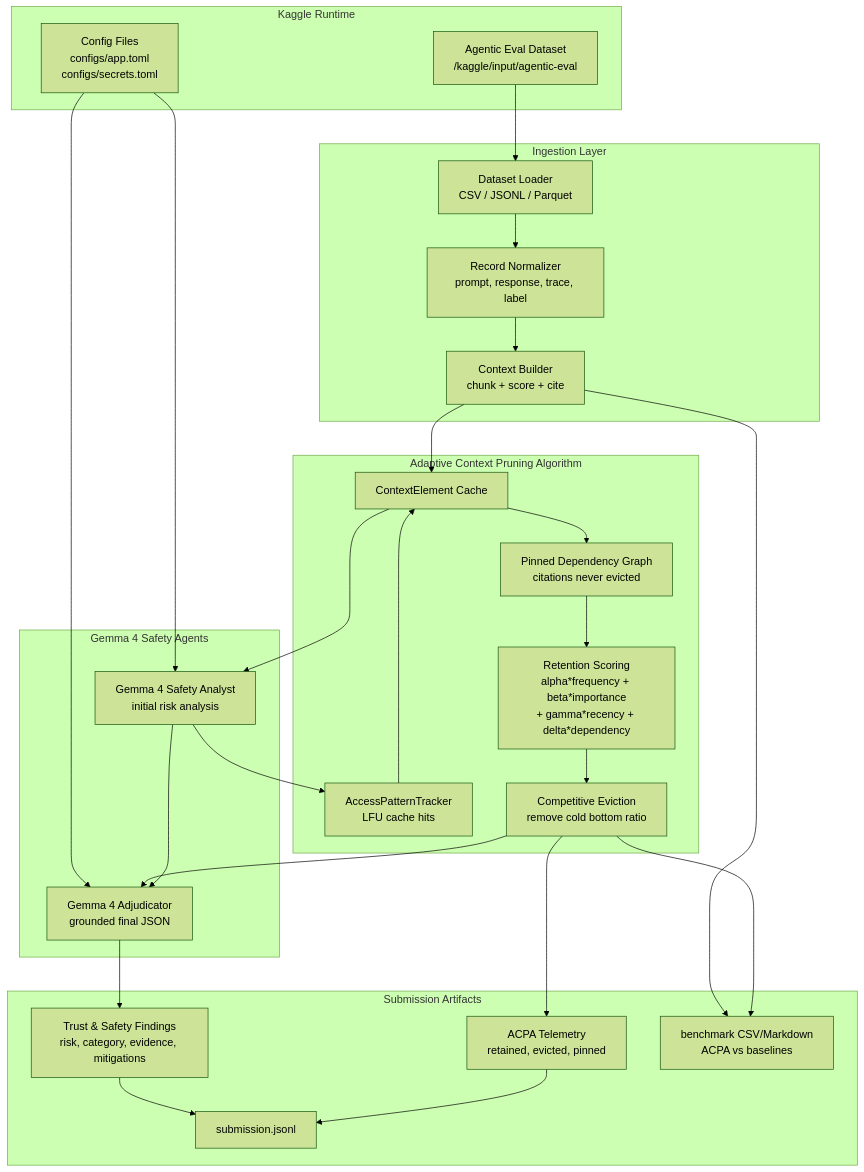
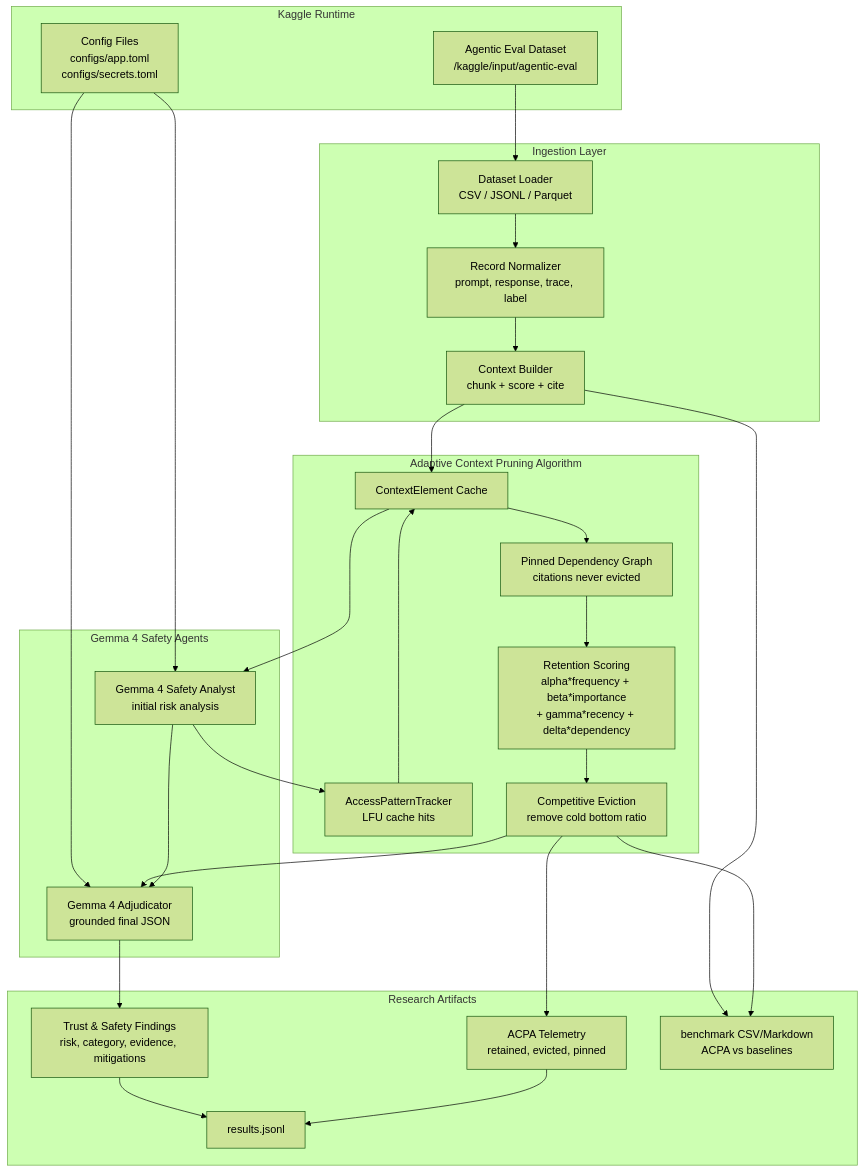
One commit to joyjeni/context-pruning changed the diagram in docs/architecture.md. Above: the diagram before and after it, drawn with Mermaid (forest theme). The commit also changed other lines of this file and 8 other files, not shown here.

````diff
--- a/docs/architecture.md
+++ b/docs/architecture.md
@@ -6,49 +6,49 @@
 ```mermaid
 flowchart TD
     subgraph Kaggle["Kaggle Runtime"]
         D1["Agentic Eval Dataset<br/>/kaggle/input/agentic-eval"]
         C1["Config Files<br/>configs/app.toml<br/>configs/secrets.toml"]
     end
 
     subgraph Ingestion["Ingestion Layer"]
         L1["Dataset Loader<br/>CSV / JSONL / Parquet"]
         N1["Record Normalizer<br/>prompt, response, trace, label"]
         B1["Context Builder<br/>chunk + score + cite"]
     end
 
     subgraph ACPA["Adaptive Context Pruning Algorithm"]
         M1["ContextElement Cache"]
         T1["AccessPatternTracker<br/>LFU cache hits"]
         S1["Retention Scoring<br/>alpha*frequency + beta*importance<br/>+ gamma*recency + delta*dependency"]
         E1["Competitive Eviction<br/>remove cold bottom ratio"]
         P1["Pinned Dependency Graph<br/>citations never evicted"]
     end
 
     subgraph Gemma["Gemma 4 Safety Agents"]
         G1["Gemma 4 Safety Analyst<br/>initial risk analysis"]
         G2["Gemma 4 Adjudicator<br/>grounded final JSON"]
     end
 
-    subgraph Outputs["Submission Artifacts"]
+    subgraph Outputs["Research Artifacts"]
         O1["Trust & Safety Findings<br/>risk, category, evidence, mitigations"]
         O2["ACPA Telemetry<br/>retained, evicted, pinned"]
-        O3["submission.jsonl"]
+        O3["results.jsonl"]
         O4["benchmark CSV/Markdown<br/>ACPA vs baselines"]
     end
 
     D1 --> L1 --> N1 --> B1 --> M1
     C1 --> G1
     C1 --> G2
     M1 --> G1
     G1 --> T1
     T1 --> M1
     M1 --> P1 --> S1 --> E1
     E1 --> G2
     G1 --> G2
     G2 --> O1
     E1 --> O2
     O1 --> O3
     O2 --> O3
     B1 --> O4
     E1 --> O4
 ```
````
